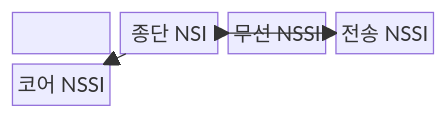
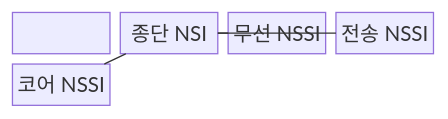
The first of 2 diagrams in src/content/docs/notes/04-network/040_nssai_nsi_nssi.md (agnusdei1207/knowledge-base), drawn with Mermaid before and after one commit. The commit also changed other lines of this file and 493 other files, not shown here.

````diff
--- a/src/content/docs/notes/04-network/040_nssai_nsi_nssi.md
+++ b/src/content/docs/notes/04-network/040_nssai_nsi_nssi.md
@@ -64,8 +64,8 @@
 ```mermaid
-block
+block-beta
     columns 4
-    A["NSSAI"] --> B["S-NSSAI(SST•SD)"] --> C["AMF•NSSF"] --> D["종단 NSI"]
-    D --> E["무선 NSSI"]
-    D --> F["전송 NSSI"]
-    D --> G["코어 NSSI"]
+    A["NSSAI"] --- B["S-NSSAI(SST•SD)"] --- C["AMF•NSSF"] --- D["종단 NSI"]
+    D --- E["무선 NSSI"]
+    D --- F["전송 NSSI"]
+    D --- G["코어 NSSI"]
 ```
````
